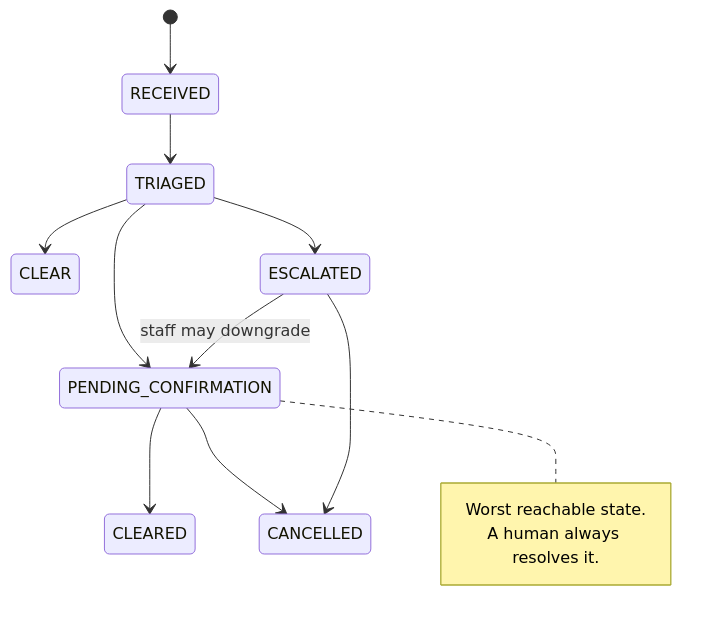
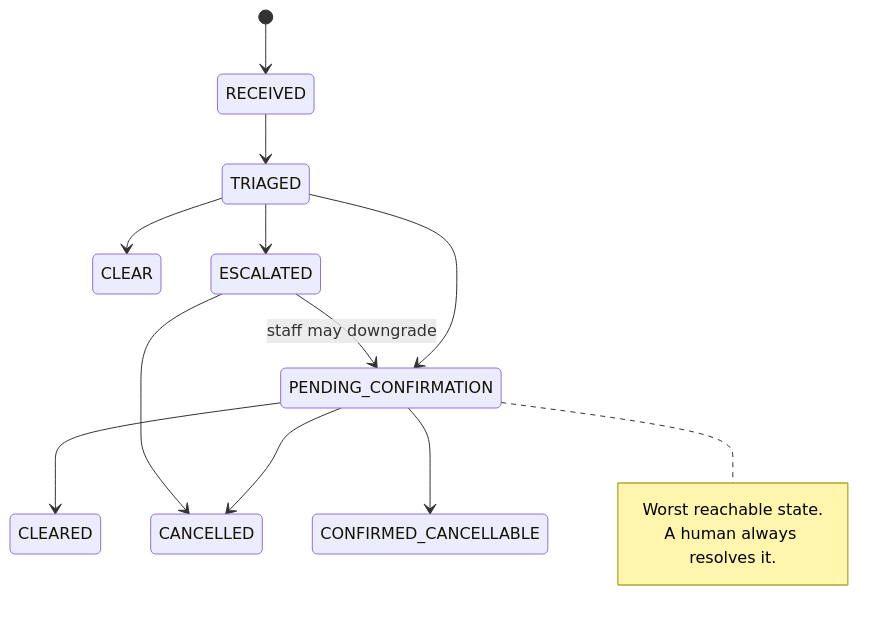
One commit to Fullbit24/pocketpay changed the second of 2 diagrams in README.md. Above: the diagram before and after it, drawn with Mermaid. The commit also changed other lines of this file and 9 other files, not shown here.

````diff
--- a/README.md
+++ b/README.md
@@ -229,17 +151,18 @@
 ```mermaid
 stateDiagram-v2
     [*] --> RECEIVED
     RECEIVED --> TRIAGED
     TRIAGED --> CLEAR
     TRIAGED --> PENDING_CONFIRMATION
     TRIAGED --> ESCALATED
     PENDING_CONFIRMATION --> CLEARED
     PENDING_CONFIRMATION --> CANCELLED
+    PENDING_CONFIRMATION --> CONFIRMED_CANCELLABLE
     ESCALATED --> PENDING_CONFIRMATION : staff may downgrade
     ESCALATED --> CANCELLED
 
     note right of PENDING_CONFIRMATION
         Worst reachable state.
         A human always resolves it.
     end note
 ```
````
